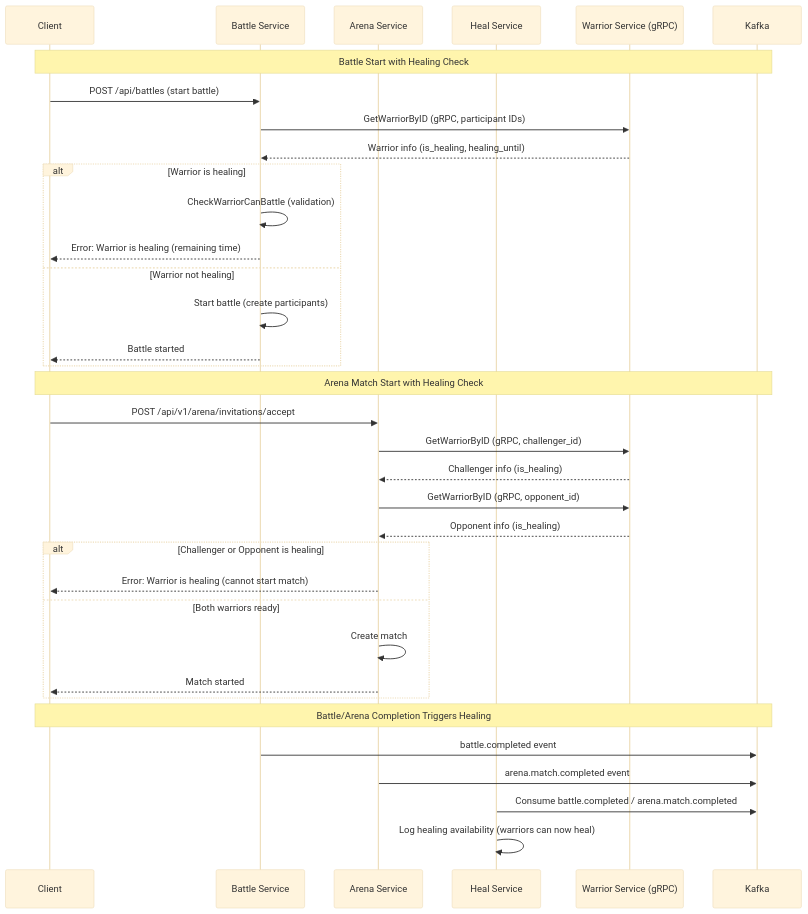
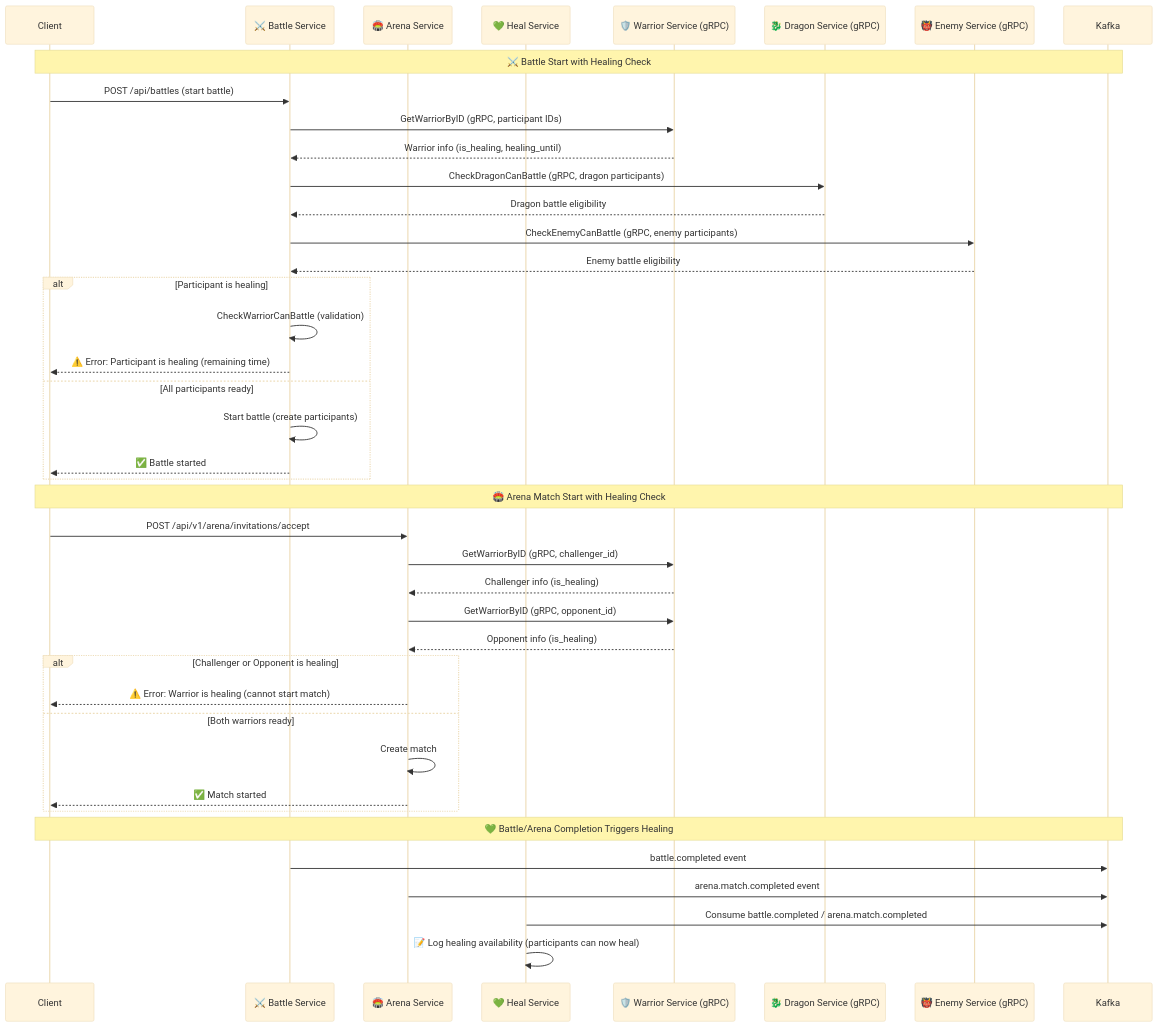
Diagram 26 of 36 in README.md (tiraten-bot/network-sec-micro), drawn with Mermaid (base theme) before and after one commit. The commit also changed other lines of this file, not shown here.

Commit message:
Enhance README.md by adding emoji annotations to the Heal Service Battle/Arena Integration section, improving visual clarity and engagement. Updated participant names and flow notes to include relevant icons, and refined error messages for better user experience.

````diff
--- a/README.md
+++ b/README.md
@@ -1413,42 +1413,48 @@
 ```mermaid
 sequenceDiagram
     participant Client
-    participant Battle as Battle Service
-    participant Arena as Arena Service
-    participant Heal as Heal Service
-    participant Warrior as Warrior Service (gRPC)
+    participant Battle as ⚔️ Battle Service
+    participant Arena as 🏟️ Arena Service
+    participant Heal as 💚 Heal Service
+    participant Warrior as 🛡️ Warrior Service (gRPC)
+    participant Dragon as 🐉 Dragon Service (gRPC)
+    participant Enemy as 👹 Enemy Service (gRPC)
     participant Kafka
 
-    Note over Client,Kafka: Battle Start with Healing Check
+    Note over Client,Kafka: ⚔️ Battle Start with Healing Check
     Client->>Battle: POST /api/battles (start battle)
     Battle->>Warrior: GetWarriorByID (gRPC, participant IDs)
     Warrior-->>Battle: Warrior info (is_healing, healing_until)
+    Battle->>Dragon: CheckDragonCanBattle (gRPC, dragon participants)
+    Dragon-->>Battle: Dragon battle eligibility
+    Battle->>Enemy: CheckEnemyCanBattle (gRPC, enemy participants)
+    Enemy-->>Battle: Enemy battle eligibility
     
-    alt Warrior is healing
+    alt Participant is healing
         Battle->>Battle: CheckWarriorCanBattle (validation)
-        Battle-->>Client: Error: Warrior is healing (remaining time)
-    else Warrior not healing
+        Battle-->>Client: ⚠️ Error: Participant is healing (remaining time)
+    else All participants ready
         Battle->>Battle: Start battle (create participants)
-        Battle-->>Client: Battle started
+        Battle-->>Client: ✅ Battle started
     end
     
-    Note over Client,Kafka: Arena Match Start with Healing Check
+    Note over Client,Kafka: 🏟️ Arena Match Start with Healing Check
     Client->>Arena: POST /api/v1/arena/invitations/accept
     Arena->>Warrior: GetWarriorByID (gRPC, challenger_id)
     Warrior-->>Arena: Challenger info (is_healing)
     Arena->>Warrior: GetWarriorByID (gRPC, opponent_id)
     Warrior-->>Arena: Opponent info (is_healing)
     
     alt Challenger or Opponent is healing
-        Arena-->>Client: Error: Warrior is healing (cannot start match)
+        Arena-->>Client: ⚠️ Error: Warrior is healing (cannot start match)
     else Both warriors ready
         Arena->>Arena: Create match
-        Arena-->>Client: Match started
+        Arena-->>Client: ✅ Match started
     end
     
-    Note over Client,Kafka: Battle/Arena Completion Triggers Healing
+    Note over Client,Kafka: 💚 Battle/Arena Completion Triggers Healing
     Battle->>Kafka: battle.completed event
     Arena->>Kafka: arena.match.completed event
     Heal->>Kafka: Consume battle.completed / arena.match.completed
-    Heal->>Heal: Log healing availability (warriors can now heal)
+    Heal->>Heal: 📝 Log healing availability (participants can now heal)
 ```
````
